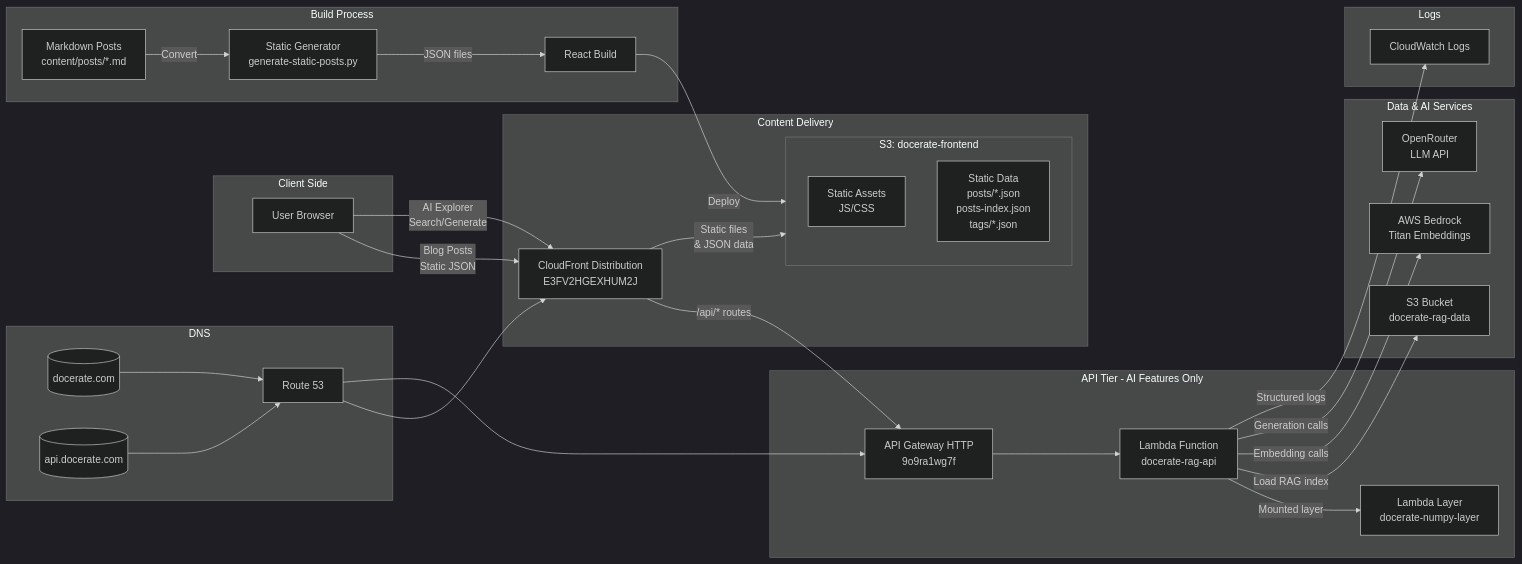
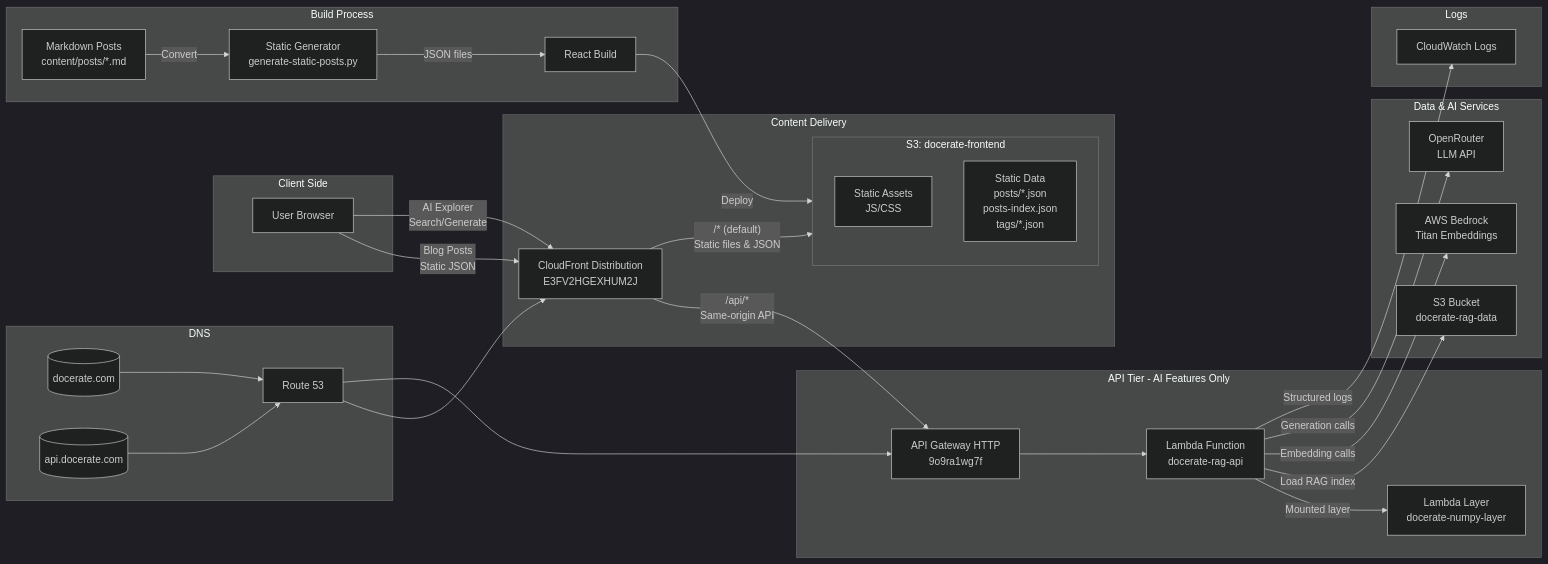
Before and after one commit to DonTron-prog/docerate: the diagram in docs/infrastructure_diagram.md, drawn with Mermaid (dark theme). The commit also changed other lines of this file and 32 other files, not shown here.

````diff
--- a/docs/infrastructure_diagram.md
+++ b/docs/infrastructure_diagram.md
@@ -3,62 +3,62 @@
 ```mermaid
 flowchart LR
     subgraph UserSide[Client Side]
         U[User Browser]
     end
 
     subgraph BuildTime[Build Process]
         MD[Markdown Posts<br/>content/posts/*.md]
         GEN[Static Generator<br/>generate-static-posts.py]
         MD -->|Convert| GEN
         GEN -->|JSON files| BUILD[React Build]
     end
 
     subgraph Delivery[Content Delivery]
         CF[CloudFront Distribution<br/>E3FV2HGEXHUM2J]
         subgraph S3Frontend[S3: docerate-frontend]
             STATIC[Static Assets<br/>JS/CSS]
             SDATA[Static Data<br/>posts/*.json<br/>posts-index.json<br/>tags/*.json]
         end
     end
 
     subgraph ApiTier[API Tier - AI Features Only]
         APIGW[API Gateway HTTP<br/>9o9ra1wg7f]
         LAMBDA[Lambda Function<br/>docerate-rag-api]
         LAYER[Lambda Layer<br/>docerate-numpy-layer]
     end
 
     subgraph DataServices[Data & AI Services]
         S3Data[S3 Bucket<br/>docerate-rag-data]
         Bedrock[AWS Bedrock<br/>Titan Embeddings]
         OpenRouter[OpenRouter<br/>LLM API]
     end
 
     subgraph Observability[Logs]
         CW[CloudWatch Logs]
     end
 
     subgraph DNSRouting[DNS]
         Route53[Route 53]
         Domain[(docerate.com)]
         APIDomain[(api.docerate.com)]
     end
 
     U -->|Blog Posts<br/>Static JSON| CF
     U -->|AI Explorer<br/>Search/Generate| CF
-    CF -->|Static files<br/>& JSON data| S3Frontend
-    CF -->|/api/* routes| APIGW
+    CF -->|"/* (default)<br/>Static files & JSON"| S3Frontend
+    CF -->|"/api/*<br/>Same-origin API"| APIGW
 
     BUILD -->|Deploy| S3Frontend
 
     APIGW --> LAMBDA
     LAMBDA -->|Mounted layer| LAYER
     LAMBDA -->|Load RAG index| S3Data
     LAMBDA -->|Embedding calls| Bedrock
     LAMBDA -->|Generation calls| OpenRouter
     LAMBDA -->|Structured logs| CW
 
     Domain --> Route53
     APIDomain --> Route53
     Route53 --> CF
     Route53 --> APIGW
 ```
````
